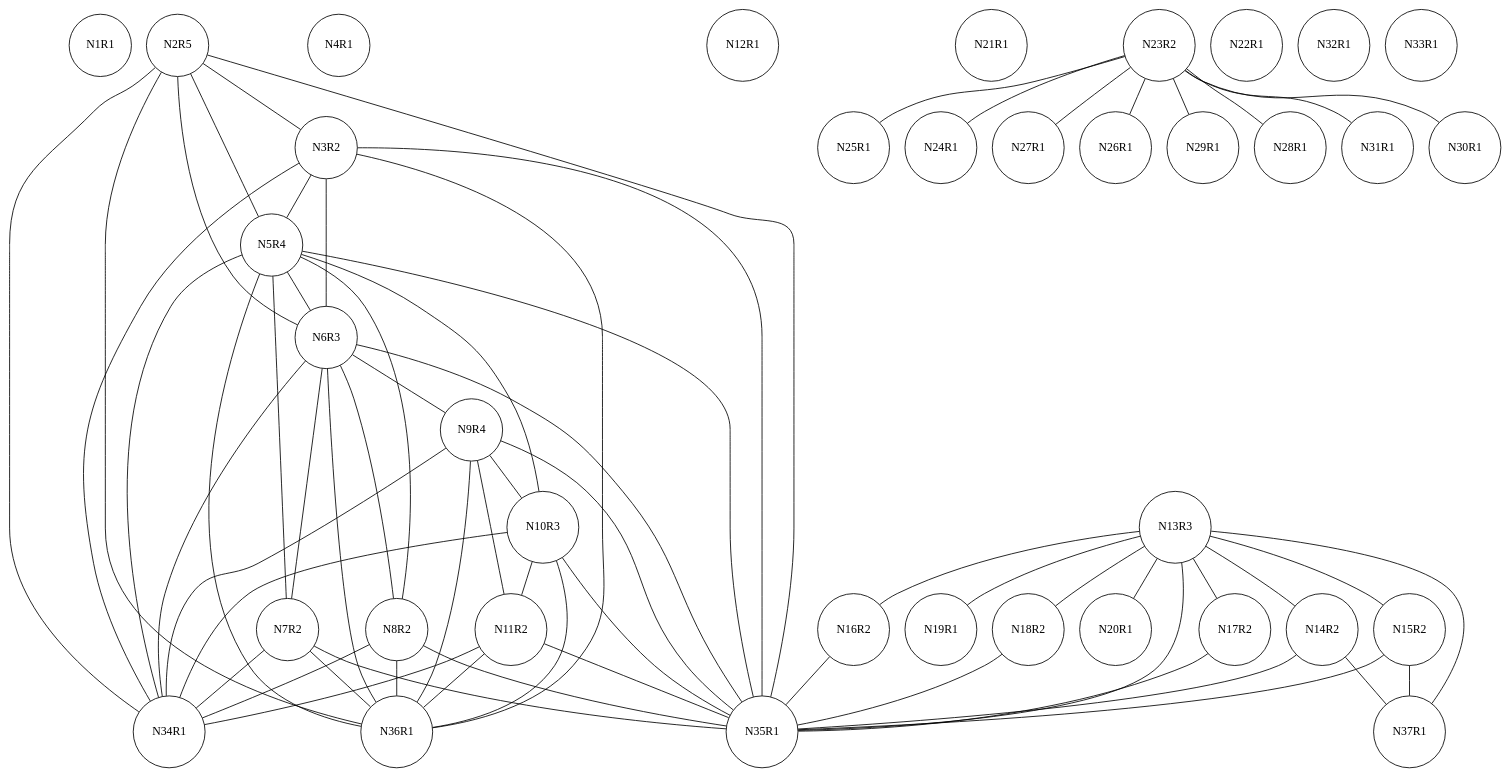
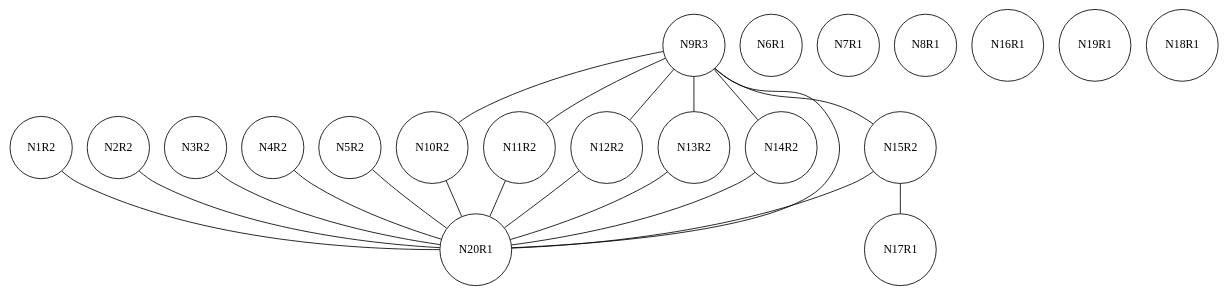
The diagram in project/caw001.txt.ig.dot (chris-wood/PL241-Compiler), drawn with Graphviz before and after one commit. The commit also changed 7 other files, not shown here.

```diff
--- a/project/caw001.txt.ig.dot
+++ b/project/caw001.txt.ig.dot
@@ -1,106 +1,42 @@
 graph ig {
     node [shape = circle];
-    N1R1;
-    N2R5;
+    N1R2;
+    N2R2;
     N3R2;
-    N4R1;
-    N5R4;
-    N6R3;
-    N7R2;
-    N8R2;
-    N9R4;
-    N10R3;
+    N4R2;
+    N5R2;
+    N6R1;
+    N7R1;
+    N8R1;
+    N9R3;
+    N10R2;
     N11R2;
-    N12R1;
-    N13R3;
+    N12R2;
+    N13R2;
     N14R2;
     N15R2;
-    N17R2;
-    N16R2;
+    N17R1;
+    N16R1;
     N19R1;
-    N18R2;
-    N21R1;
+    N18R1;
     N20R1;
-    N23R2;
-    N22R1;
-    N25R1;
-    N24R1;
-    N27R1;
-    N26R1;
-    N29R1;
-    N28R1;
-    N31R1;
-    N30R1;
-    N34R1;
-    N35R1;
-    N32R1;
-    N33R1;
-    N36R1;
-    N37R1;
-    N2R5 -- N3R2;
-    N2R5 -- N36R1;
-    N2R5 -- N5R4;
-    N2R5 -- N6R3;
-    N2R5 -- N35R1;
-    N2R5 -- N34R1;
-    N3R2 -- N36R1;
-    N3R2 -- N5R4;
-    N3R2 -- N6R3;
-    N3R2 -- N35R1;
-    N3R2 -- N34R1;
-    N5R4 -- N10R3;
-    N5R4 -- N8R2;
-    N5R4 -- N7R2;
-    N5R4 -- N6R3;
-    N5R4 -- N36R1;
-    N5R4 -- N35R1;
-    N5R4 -- N34R1;
-    N6R3 -- N9R4;
-    N6R3 -- N8R2;
-    N6R3 -- N7R2;
-    N6R3 -- N36R1;
-    N6R3 -- N35R1;
-    N6R3 -- N34R1;
-    N7R2 -- N36R1;
-    N7R2 -- N35R1;
-    N7R2 -- N34R1;
-    N8R2 -- N35R1;
-    N8R2 -- N34R1;
-    N8R2 -- N36R1;
-    N9R4 -- N11R2;
-    N9R4 -- N10R3;
-    N9R4 -- N35R1;
-    N9R4 -- N34R1;
-    N9R4 -- N36R1;
-    N10R3 -- N11R2;
-    N10R3 -- N34R1;
-    N10R3 -- N36R1;
-    N10R3 -- N35R1;
-    N11R2 -- N36R1;
-    N11R2 -- N35R1;
-    N11R2 -- N34R1;
-    N13R3 -- N20R1;
-    N13R3 -- N19R1;
-    N13R3 -- N18R2;
-    N13R3 -- N17R2;
-    N13R3 -- N16R2;
-    N13R3 -- N37R1;
-    N13R3 -- N35R1;
-    N13R3 -- N15R2;
-    N13R3 -- N14R2;
-    N14R2 -- N37R1;
-    N14R2 -- N35R1;
-    N15R2 -- N37R1;
-    N15R2 -- N35R1;
-    N17R2 -- N35R1;
-    N16R2 -- N35R1;
-    N18R2 -- N35R1;
-    N23R2 -- N31R1;
-    N23R2 -- N30R1;
-    N23R2 -- N29R1;
-    N23R2 -- N28R1;
-    N23R2 -- N27R1;
-    N23R2 -- N26R1;
-    N23R2 -- N24R1;
-    N23R2 -- N25R1;
+    N1R2 -- N20R1;
+    N2R2 -- N20R1;
+    N3R2 -- N20R1;
+    N4R2 -- N20R1;
+    N5R2 -- N20R1;
+    N9R3 -- N15R2;
+    N9R3 -- N14R2;
+    N9R3 -- N13R2;
+    N9R3 -- N12R2;
+    N9R3 -- N11R2;
+    N9R3 -- N10R2;
+    N9R3 -- N20R1;
+    N10R2 -- N20R1;
+    N11R2 -- N20R1;
+    N12R2 -- N20R1;
+    N13R2 -- N20R1;
+    N14R2 -- N20R1;
+    N15R2 -- N17R1;
+    N15R2 -- N20R1;
 }
```
